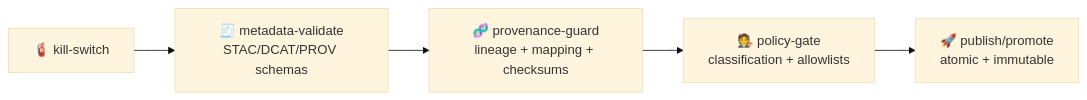
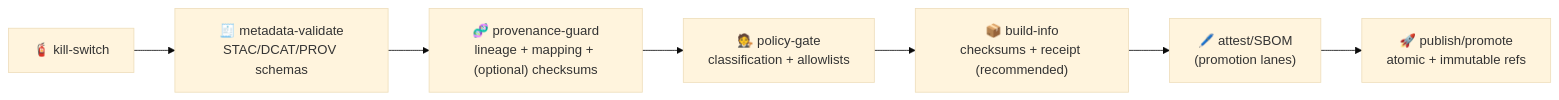
The diagram in .github/actions/provenance-guard/README.md (bartytime4life/Kansas-Frontier-Matrix), drawn with Mermaid (base theme) before and after one commit. The commit also changed other lines of this file, not shown here.

````diff
--- a/.github/actions/provenance-guard/README.md
+++ b/.github/actions/provenance-guard/README.md
@@ -124,7 +166,9 @@
 ```mermaid
 flowchart LR
   A["🧯 kill-switch"] --> B["🧾 metadata-validate<br/>STAC/DCAT/PROV schemas"]
-  B --> C["🧬 provenance-guard<br/>lineage + mapping + checksums"]
+  B --> C["🧬 provenance-guard<br/>lineage + mapping + (optional) checksums"]
   C --> D["🧑‍⚖️ policy-gate<br/>classification + allowlists"]
-  D --> E["🚀 publish/promote<br/>atomic + immutable"]
+  D --> E["📦 build-info<br/>checksums + receipt (recommended)"]
+  E --> F["🖊️ attest/SBOM<br/>(promotion lanes)"]
+  F --> G["🚀 publish/promote<br/>atomic + immutable refs"]
 ```
````
